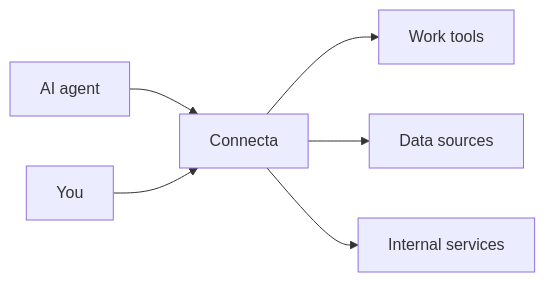
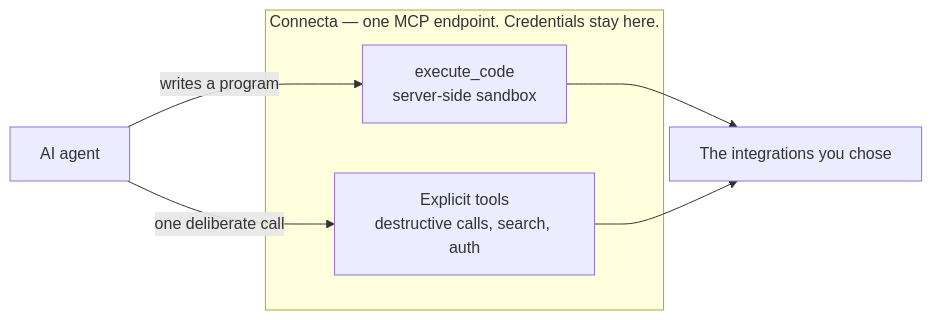
The diagram in README.md (zackbart/connecta), drawn with Mermaid before and after one commit. The commit also changed other lines of this file, not shown here.

First line of the commit message:
Redraw the README around the code-first flow (#236)

````diff
--- a/README.md
+++ b/README.md
@@ -12,8 +14,11 @@
 ```mermaid
 flowchart LR
-    Agent["AI agent"] --> Connecta
-    Connecta --> Work["Work tools"]
-    Connecta --> Data["Data sources"]
-    Connecta --> Services["Internal services"]
-    Operator["You"] --> Connecta
+    Agent["AI agent"] -- "writes a program" --> Sandbox
+    Agent -- "one deliberate call" --> Explicit
+    subgraph Connecta["Connecta — one MCP endpoint. Credentials stay here."]
+        Sandbox["execute_code<br/>server-side sandbox"]
+        Explicit["Explicit tools<br/>destructive calls, search, auth"]
+    end
+    Sandbox --> Integrations["The integrations you chose"]
+    Explicit --> Integrations
 ```
````
